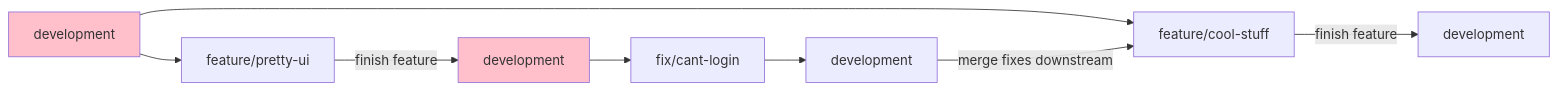
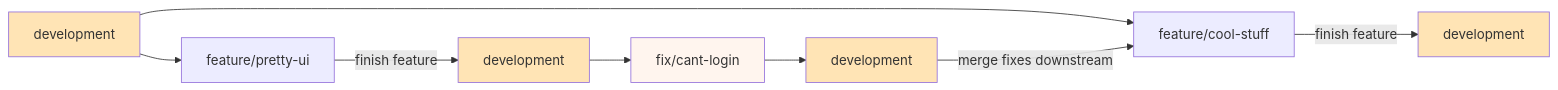
The diagram in testy/plan_zarządzania_jakością_produktu.md (hasparus/software-engineering-class), drawn with Mermaid before and after one commit. The commit also changed other lines of this file, not shown here.

Commit message:
Uploaded by https://stackedit.io/

````diff
--- a/testy/plan_zarządzania_jakością_produktu.md
+++ b/testy/plan_zarządzania_jakością_produktu.md
@@ -21,12 +21,14 @@
 ```mermaid
 graph LR;
 	d#1[development]-->feature/cool-stuff;
 	d#1[development]-->feature/pretty-ui;
 	feature/pretty-ui--finish feature-->d#2[development];
 	d#3[development]--merge fixes downstream-->feature/cool-stuff;
 	fix/cant-login-->d#3[development]
 	d#2[development]-->fix/cant-login;
 	feature/cool-stuff--finish feature-->d#4[development];
 	
-	style d#1 fill: pink; 	style d#2 fill: pink
+	style d#1 fill: moccasin; 	style d#2 fill: moccasin;
+	style d#3 fill: moccasin; 	style d#4 fill: moccasin;
+	style fix/cant-login fill: seashell;
 ```
````
